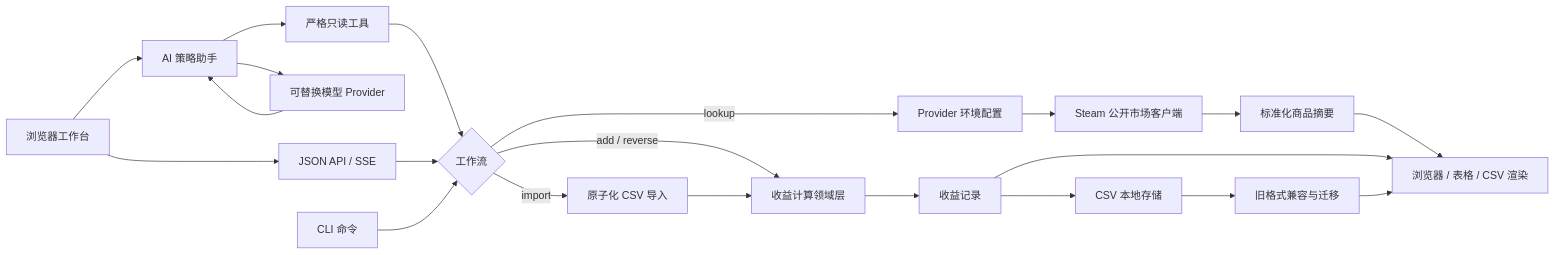
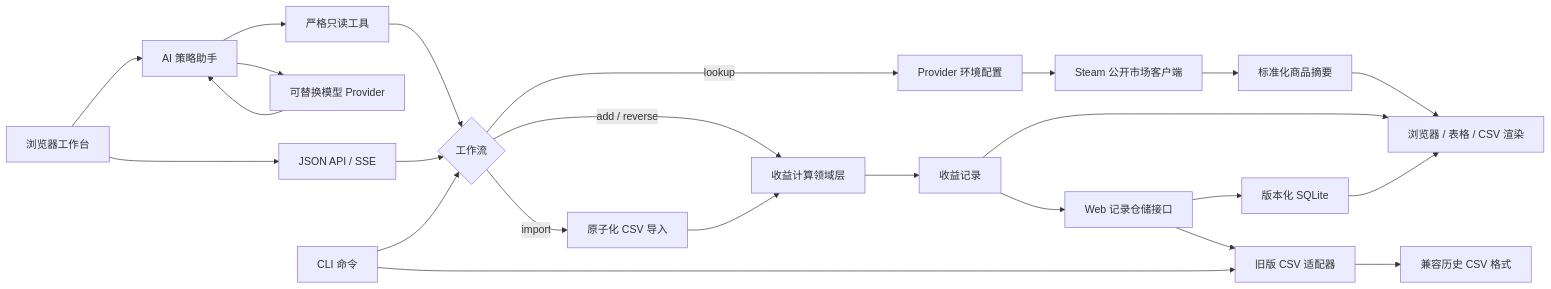
The diagram in README.zh-CN.md (NoireOffical/steam-profit-calculator), drawn with Mermaid before and after one commit. The commit also changed other lines of this file and 24 other files, not shown here.

````diff
--- a/README.zh-CN.md
+++ b/README.zh-CN.md
@@ -34,25 +37,28 @@
 ```mermaid
 flowchart LR
     W["浏览器工作台"] --> A["JSON API / SSE"]
     W --> M["AI 策略助手"]
     M --> P["可替换模型 Provider"]
     P --> M
     M --> T["严格只读工具"]
     T --> B
     A --> B{"工作流"}
     L["CLI 命令"] --> B
     B -->|"lookup"| C["Provider 环境配置"]
     C --> D["Steam 公开市场客户端"]
     D --> E["标准化商品摘要"]
 
     B -->|"add / reverse"| F["收益计算领域层"]
     B -->|"import"| G["原子化 CSV 导入"]
     G --> F
     F --> H["收益记录"]
 
-    H --> I["CSV 本地存储"]
-    I --> J["旧格式兼容与迁移"]
+    H --> R["Web 记录仓储接口"]
+    R --> I["版本化 SQLite"]
+    R --> J["旧版 CSV 适配器"]
+    L --> J
+    J --> Q["兼容历史 CSV 格式"]
     E --> K["浏览器 / 表格 / CSV 渲染"]
     H --> K
-    J --> K
+    I --> K
 ```
````
